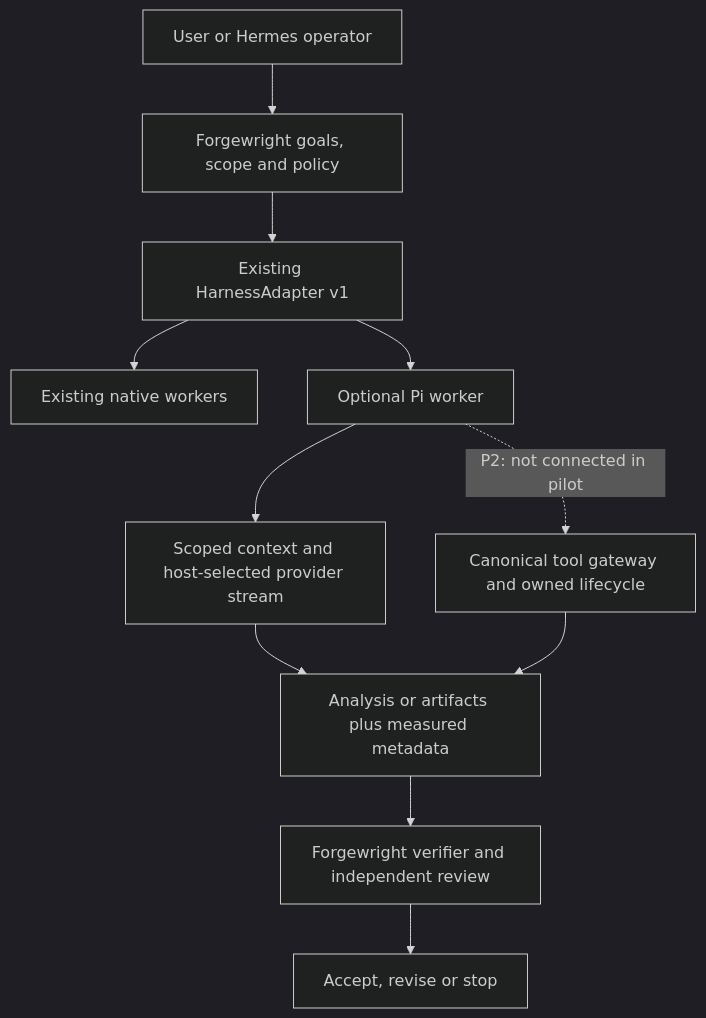
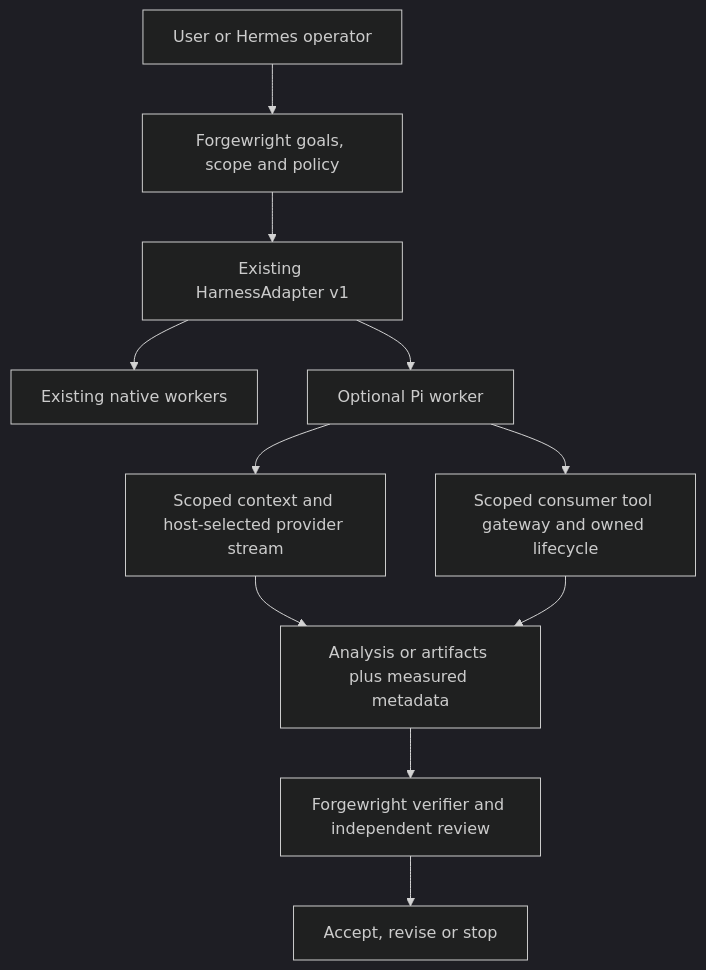
Before and after one commit to buiphucminhtam/forgewright: the diagram in docs/adr/ADR-pi-worker-runtime.md, drawn with Mermaid (dark theme). The commit also changed other lines of this file and 48 other files, not shown here.

````diff
--- a/docs/adr/ADR-pi-worker-runtime.md
+++ b/docs/adr/ADR-pi-worker-runtime.md
@@ -31,13 +173,13 @@
 ```mermaid
 flowchart TD
     A[User or Hermes operator] --> B[Forgewright goals, scope and policy]
     B --> C[Existing HarnessAdapter v1]
     C --> D[Existing native workers]
     C --> E[Optional Pi worker]
     E --> F[Scoped context and host-selected provider stream]
-    E -. P2: not connected in pilot .-> G[Canonical tool gateway and owned lifecycle]
+    E --> G[Scoped consumer tool gateway and owned lifecycle]
     F --> H[Analysis or artifacts plus measured metadata]
     G --> H
     H --> I[Forgewright verifier and independent review]
     I --> J[Accept, revise or stop]
 ```
````
